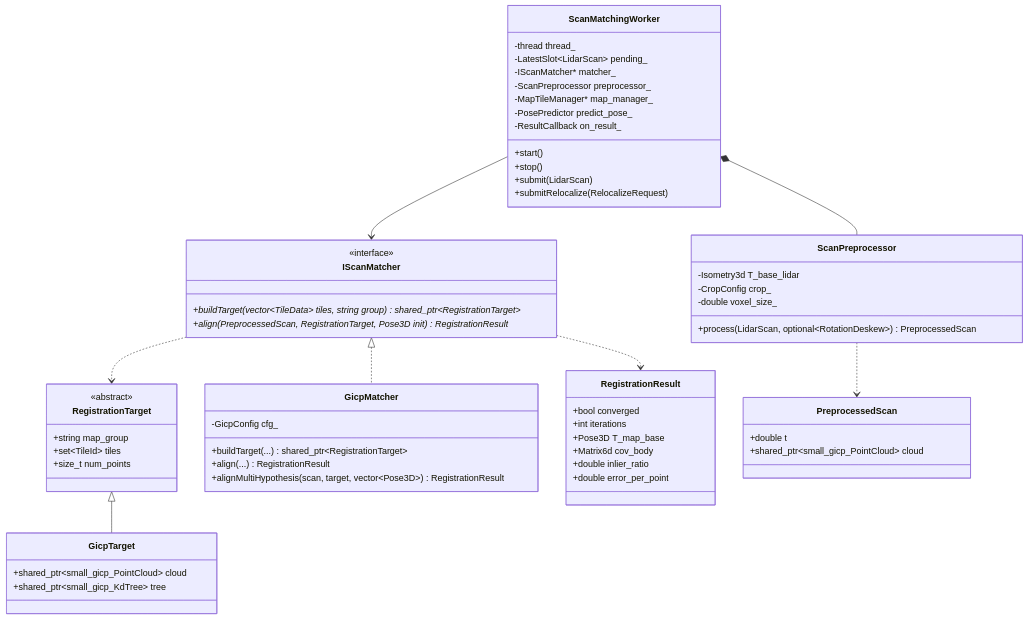
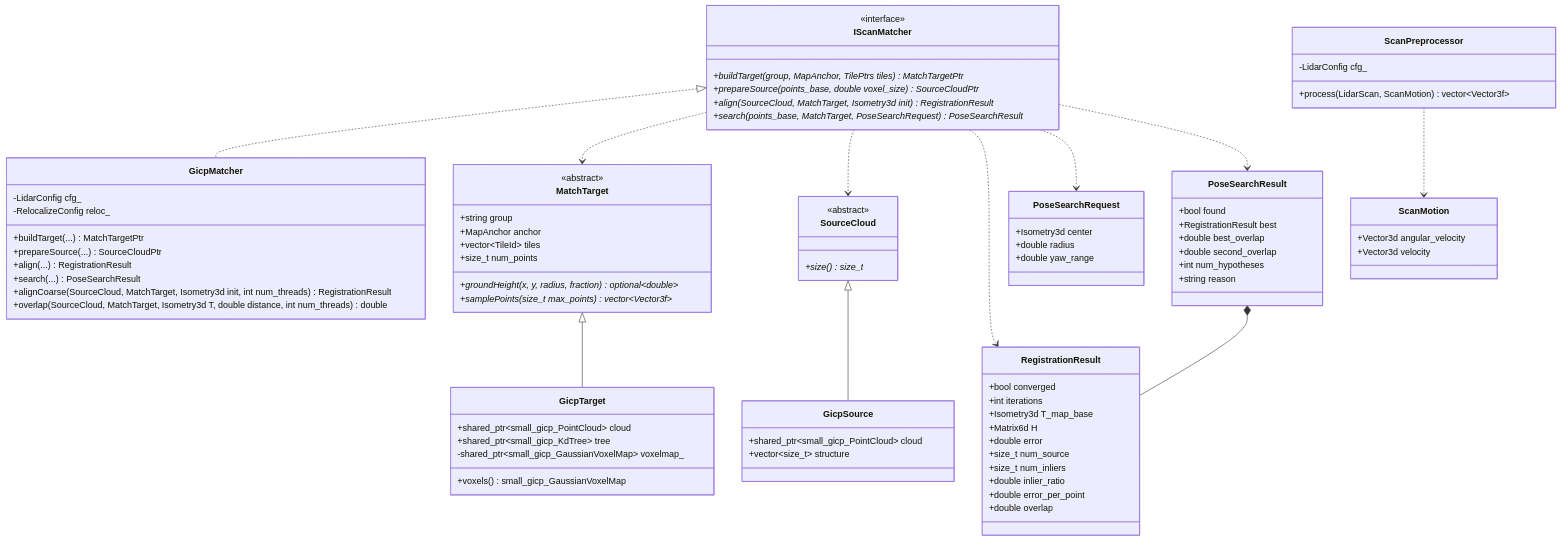
Before and after one commit to mamoru1126/gnss_and_lidar_localization: the ninth of 15 diagrams in docs/architecture.md, drawn with Mermaid. The commit also changed other lines of this file and 12 other files, not shown here.

First line of the commit message:
feat: 地図上での初期化にタイムアウトを追加し、Phase 2 に合わせて文書を更新

````diff
--- a/docs/architecture.md
+++ b/docs/architecture.md
@@ -629,62 +757,86 @@
 
   class IScanMatcher {
     <<interface>>
-    +buildTarget(vector~TileData~ tiles, string group) shared_ptr~RegistrationTarget~*
-    +align(PreprocessedScan, RegistrationTarget, Pose3D init) RegistrationResult*
+    +buildTarget(group, MapAnchor, TilePtrs tiles) MatchTargetPtr*
+    +prepareSource(points_base, double voxel_size) SourceCloudPtr*
+    +align(SourceCloud, MatchTarget, Isometry3d init) RegistrationResult*
+    +search(points_base, MatchTarget, PoseSearchRequest) PoseSearchResult*
   }
-  class RegistrationTarget {
+  class MatchTarget {
     <<abstract>>
-    +string map_group
-    +set~TileId~ tiles
+    +string group
+    +MapAnchor anchor
+    +vector~TileId~ tiles
     +size_t num_points
+    +groundHeight(x, y, radius, fraction) optional~double~*
+    +samplePoints(size_t max_points) vector~Vector3f~*
+  }
+  class SourceCloud {
+    <<abstract>>
+    +size() size_t*
   }
   class GicpTarget {
     +shared_ptr~small_gicp_PointCloud~ cloud
     +shared_ptr~small_gicp_KdTree~ tree
+    -shared_ptr~small_gicp_GaussianVoxelMap~ voxelmap_
+    +voxels() small_gicp_GaussianVoxelMap
+  }
+  class GicpSource {
+    +shared_ptr~small_gicp_PointCloud~ cloud
+    +vector~size_t~ structure
   }
   class GicpMatcher {
-    -GicpConfig cfg_
-    +buildTarget(...) shared_ptr~RegistrationTarget~
+    -LidarConfig cfg_
+    -RelocalizeConfig reloc_
+    +buildTarget(...) MatchTargetPtr
+    +prepareSource(...) SourceCloudPtr
     +align(...) RegistrationResult
-    +alignMultiHypothesis(scan, target, vector~Pose3D~) RegistrationResult
+    +search(...) PoseSearchResult
+    +alignCoarse(SourceCloud, MatchTarget, Isometry3d init, int num_threads) RegistrationResult
+    +overlap(SourceCloud, MatchTarget, Isometry3d T, double distance, int num_threads) double
   }
   class RegistrationResult {
     +bool converged
     +int iterations
-    +Pose3D T_map_base
-    +Matrix6d cov_body
+    +Isometry3d T_map_base
+    +Matrix6d H
+    +double error
+    +size_t num_source
+    +size_t num_inliers
     +double inlier_ratio
     +double error_per_point
+    +double overlap
+  }
+  class PoseSearchRequest {
+    +Isometry3d center
+    +double radius
+    +double yaw_range
+  }
+  class PoseSearchResult {
+    +bool found
+    +RegistrationResult best
+    +double best_overlap
+    +double second_overlap
+    +int num_hypotheses
+    +string reason
   }
   class ScanPreprocessor {
-    -Isometry3d T_base_lidar
-    -CropConfig crop_
-    -double voxel_size_
-    +process(LidarScan, optional~RotationDeskew~) PreprocessedScan
+    -LidarConfig cfg_
+    +process(LidarScan, ScanMotion) vector~Vector3f~
   }
-  class PreprocessedScan {
-    +double t
-    +shared_ptr~small_gicp_PointCloud~ cloud
-  }
-  class ScanMatchingWorker {
-    -thread thread_
-    -LatestSlot~LidarScan~ pending_
-    -IScanMatcher* matcher_
-    -ScanPreprocessor preprocessor_
-    -MapTileManager* map_manager_
-    -PosePredictor predict_pose_
-    -ResultCallback on_result_
-    +start()
-    +stop()
-    +submit(LidarScan)
-    +submitRelocalize(RelocalizeRequest)
+  class ScanMotion {
+    +Vector3d angular_velocity
+    +Vector3d velocity
   }
 
   IScanMatcher <|.. GicpMatcher
-  RegistrationTarget <|-- GicpTarget
-  IScanMatcher ..> RegistrationTarget
+  MatchTarget <|-- GicpTarget
+  SourceCloud <|-- GicpSource
+  IScanMatcher ..> MatchTarget
+  IScanMatcher ..> SourceCloud
   IScanMatcher ..> RegistrationResult
-  ScanMatchingWorker *-- ScanPreprocessor
-  ScanMatchingWorker --> IScanMatcher
-  ScanPreprocessor ..> PreprocessedScan
+  IScanMatcher ..> PoseSearchRequest
+  IScanMatcher ..> PoseSearchResult
+  PoseSearchResult *-- RegistrationResult
+  ScanPreprocessor ..> ScanMotion
 ```
````
